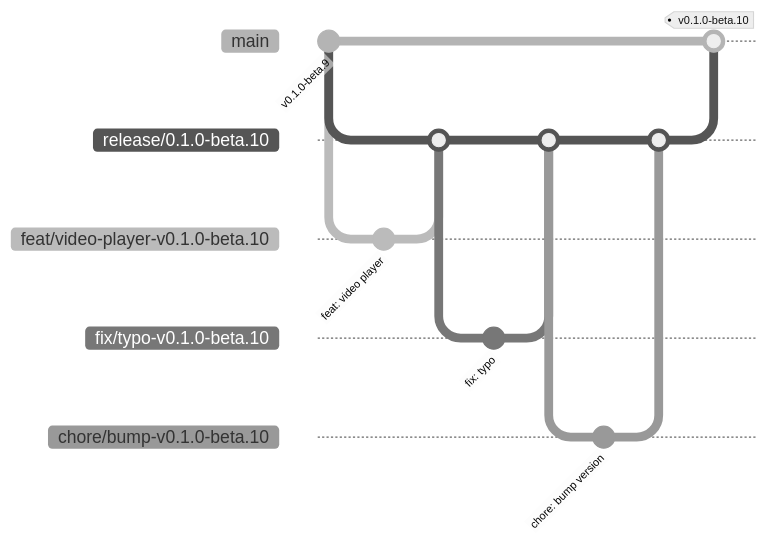
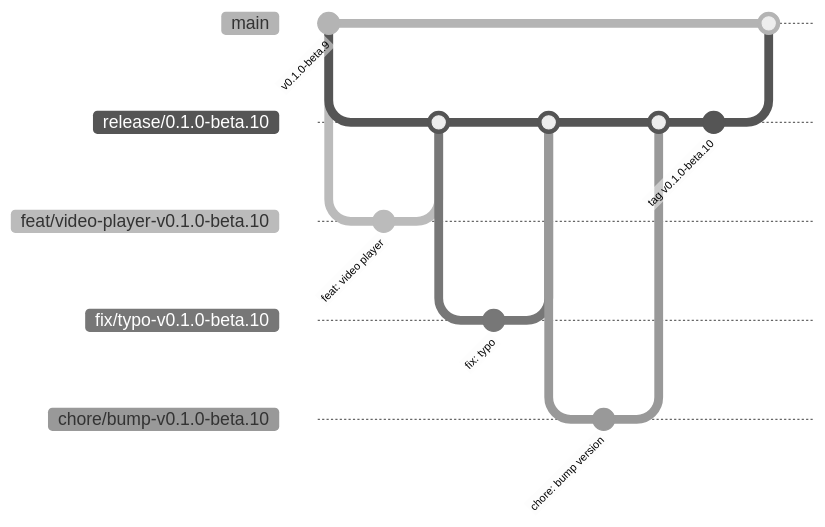
The diagram in docs/RELEASE-WORKFLOW.md (St0ff3l/termdock), drawn with Mermaid (neutral theme) before and after one commit. The commit also changed other lines of this file and 1 other file, not shown here.

Commit message:
chore: 调整发版流程为 release 分支 tag 触发打包

````diff
--- a/docs/RELEASE-WORKFLOW.md
+++ b/docs/RELEASE-WORKFLOW.md
@@ -5,23 +5,25 @@
 ```mermaid
 gitGraph
    commit id: "v0.1.0-beta.9"
    branch release/0.1.0-beta.10
    checkout release/0.1.0-beta.10
    branch feat/video-player-v0.1.0-beta.10
    checkout feat/video-player-v0.1.0-beta.10
    commit id: "feat: video player"
    checkout release/0.1.0-beta.10
    merge feat/video-player-v0.1.0-beta.10
    branch fix/typo-v0.1.0-beta.10
    checkout fix/typo-v0.1.0-beta.10
    commit id: "fix: typo"
    checkout release/0.1.0-beta.10
    merge fix/typo-v0.1.0-beta.10
    branch chore/bump-v0.1.0-beta.10
    checkout chore/bump-v0.1.0-beta.10
    commit id: "chore: bump version"
    checkout release/0.1.0-beta.10
    merge chore/bump-v0.1.0-beta.10
+   checkout release/0.1.0-beta.10
+   commit id: "tag v0.1.0-beta.10"
    checkout main
-   merge release/0.1.0-beta.10 tag: "v0.1.0-beta.10"
+   merge release/0.1.0-beta.10
 ```
````
